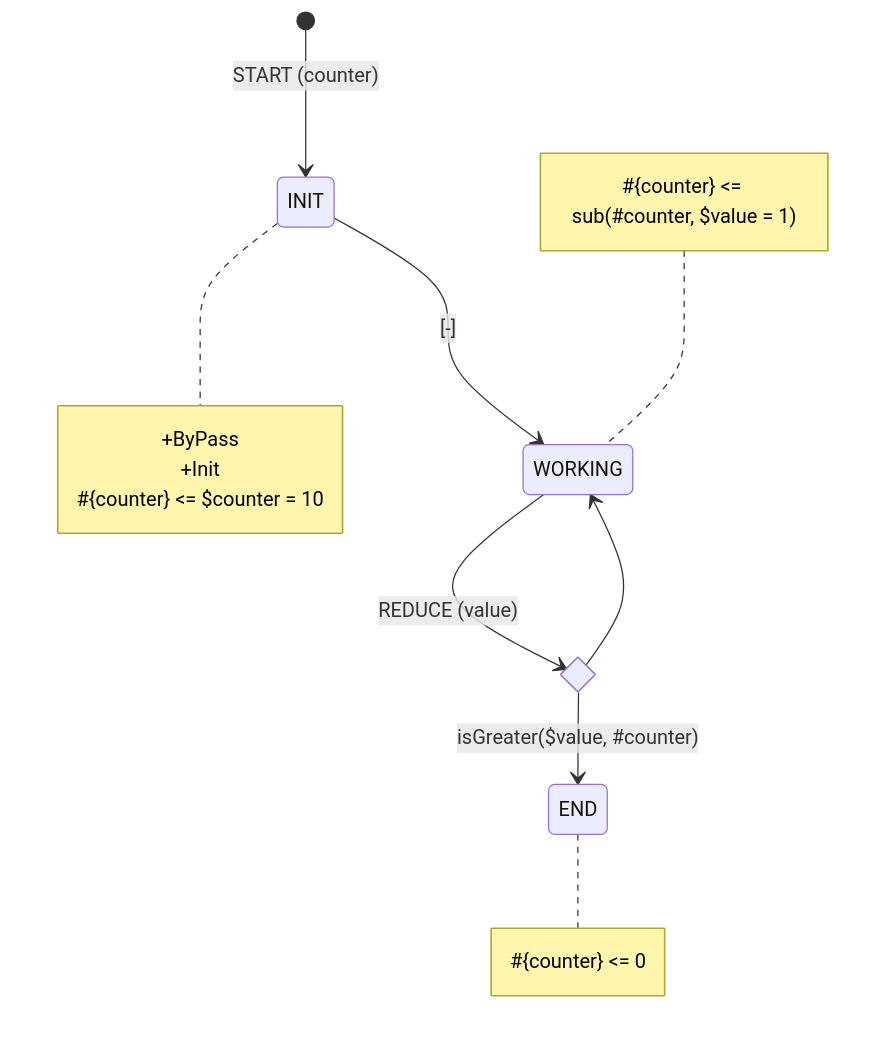
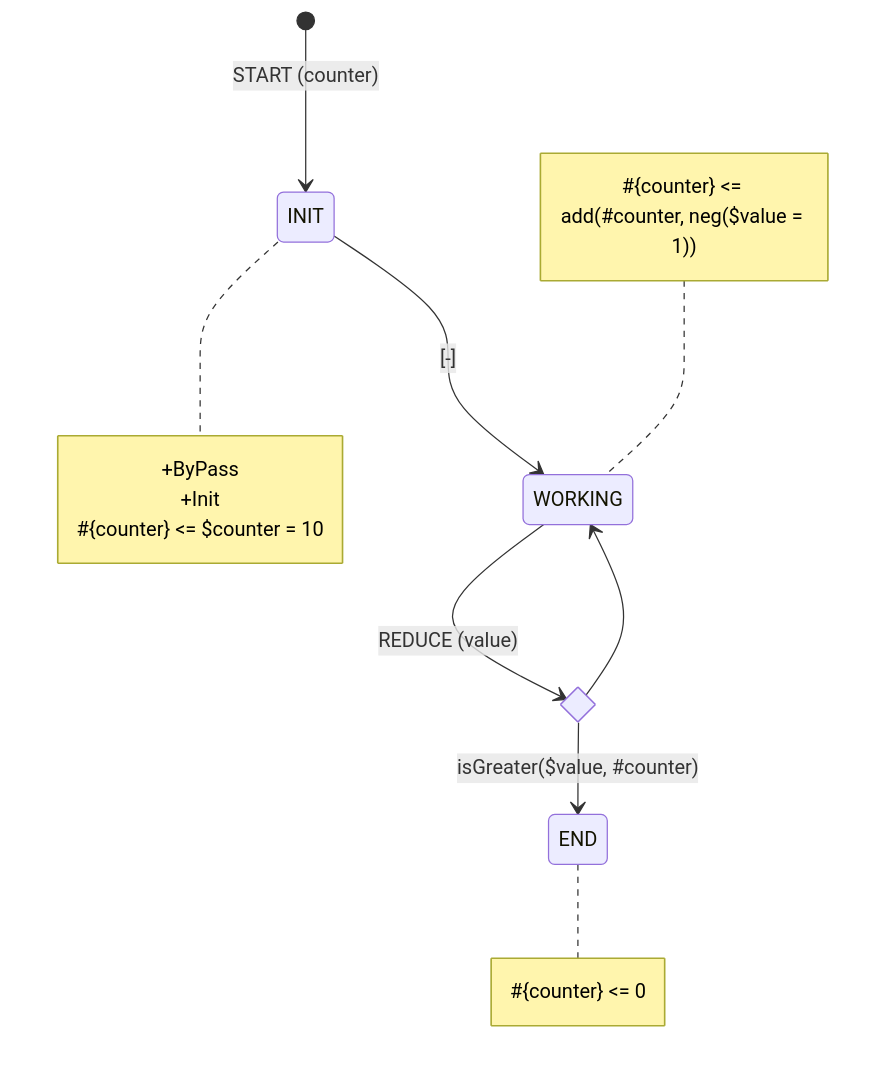
One commit to tfcp68/yantrix changed the sixth of 7 diagrams in docs/syntax/100_data_objects.md. Above: the diagram before and after it, drawn with Mermaid. The commit also changed other lines of this file and 7 other files, not shown here.

````diff
--- a/docs/syntax/100_data_objects.md
+++ b/docs/syntax/100_data_objects.md
@@ -121,21 +119,21 @@
 ```mermaid
 stateDiagram-v2
 	direction TB
 	[*] --> INIT: START (counter)
 	INIT --> WORKING: [-]
 	state isFinished <<choice>>
 	WORKING --> isFinished: REDUCE (value)
 	isFinished --> END: isGreater($value, #counter)
 	isFinished --> WORKING
 	note right of INIT
 		+ByPass
 		+Init
 		#{counter} <= $counter = 10
 	end note
 	note left of WORKING
-		#{counter} <= sub(#counter, $value = 1)
+		#{counter} <= add(#counter, neg($value = 1))
 	end note
 	note right of END
 		#{counter} <= 0
 	end note
 ```
````
